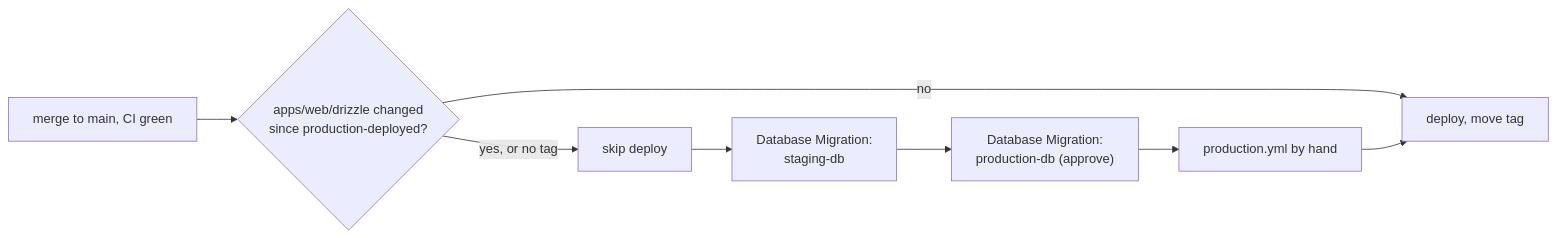
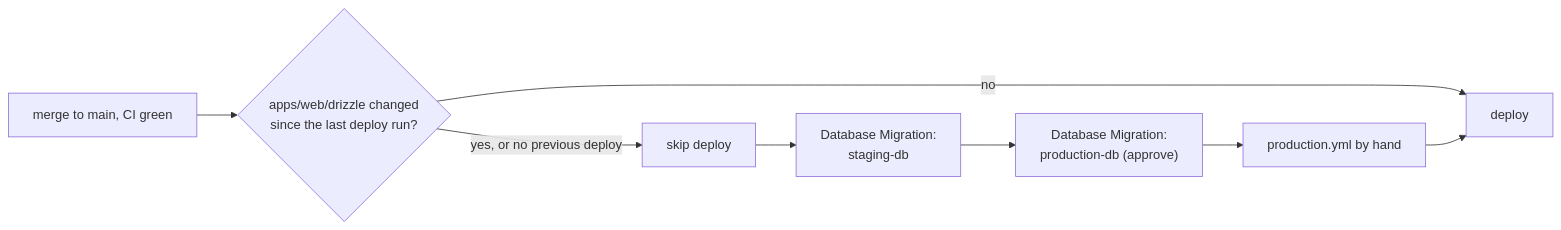
One commit to bhimrazy/receipt-ocr-app changed the second of 4 diagrams in docs/architecture/flows/deployment.md. Above: the diagram before and after it, drawn with Mermaid. The commit also changed other lines of this file and 6 other files, not shown here.

Commit message:
ci: find the last deploy from workflow runs, stop moving a git tag

````diff
--- a/docs/architecture/flows/deployment.md
+++ b/docs/architecture/flows/deployment.md
@@ -74,10 +72,10 @@
 ```mermaid
 flowchart LR
-  merge["merge to main, CI green"] --> gate{"apps/web/drizzle changed<br/>since production-deployed?"}
-  gate -- no --> d["deploy, move tag"]
-  gate -- "yes, or no tag" --> skip["skip deploy"]
+  merge["merge to main, CI green"] --> gate{"apps/web/drizzle changed<br/>since the last deploy run?"}
+  gate -- no --> d["deploy"]
+  gate -- "yes, or no previous deploy" --> skip["skip deploy"]
   skip --> s["Database Migration:<br/>staging-db"]
   s --> p["Database Migration:<br/>production-db (approve)"]
   p --> m["production.yml by hand"]
   m --> d
 ```
````
